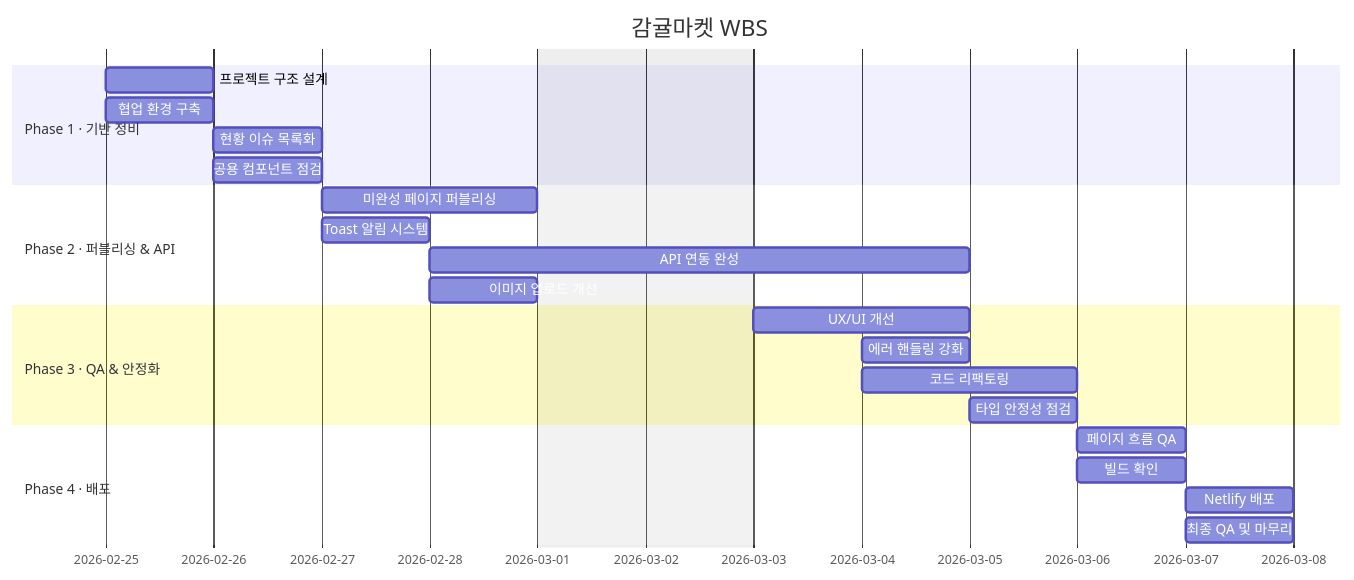
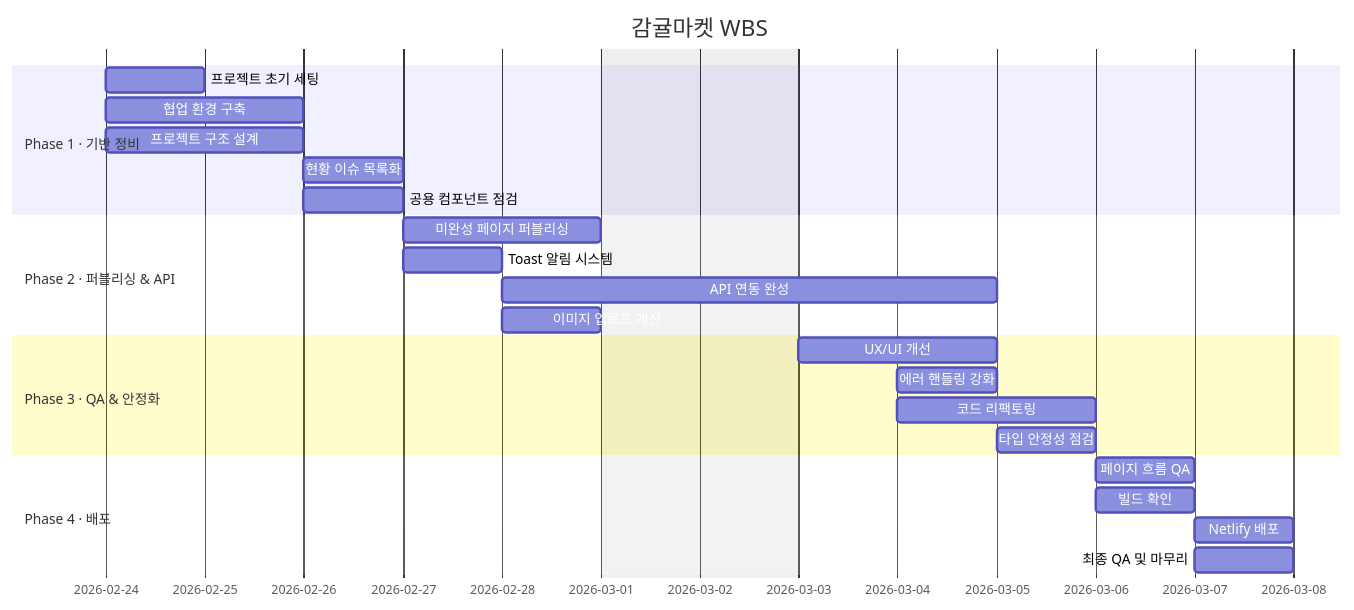
One commit to OrangeSNS/gamgyul-market changed the first of 5 diagrams in README.md. Above: the diagram before and after it, drawn with Mermaid. The commit also changed other lines of this file and 5 other files, not shown here.

````diff
--- a/README.md
+++ b/README.md
@@ -230,30 +233,31 @@
 ```mermaid
 gantt
     title 감귤마켓 WBS
     dateFormat YYYY-MM-DD
     excludes 2026-03-01, 2026-03-02
 
     section Phase 1 · 기반 정비
-    프로젝트 구조 설계       :p1-1, 2026-02-25, 1d
-    협업 환경 구축           :p1-2, 2026-02-25, 1d
+    프로젝트 초기 세팅       :p1-0, 2026-02-24, 1d
+    협업 환경 구축           :p1-1, 2026-02-24, 2d
+    프로젝트 구조 설계       :p1-2, 2026-02-24, 2d
     현황 이슈 목록화         :p1-3, 2026-02-26, 1d
     공용 컴포넌트 점검       :p1-4, 2026-02-26, 1d
 
     section Phase 2 · 퍼블리싱 & API
     미완성 페이지 퍼블리싱   :p2-1, 2026-02-27, 2d
     Toast 알림 시스템        :p2-2, 2026-02-27, 1d
     API 연동 완성            :p2-3, 2026-02-28, 3d
     이미지 업로드 개선       :p2-4, 2026-02-28, 1d
 
     section Phase 3 · QA & 안정화
     UX/UI 개선               :p3-1, 2026-03-03, 2d
     에러 핸들링 강화         :p3-2, 2026-03-04, 1d
     코드 리팩토링            :p3-3, 2026-03-04, 2d
     타입 안정성 점검         :p3-4, 2026-03-05, 1d
 
     section Phase 4 · 배포
     페이지 흐름 QA           :p4-1, 2026-03-06, 1d
     빌드 확인                :p4-2, 2026-03-06, 1d
     Netlify 배포             :p4-3, 2026-03-07, 1d
     최종 QA 및 마무리        :p4-4, 2026-03-07, 1d
 ```
````
